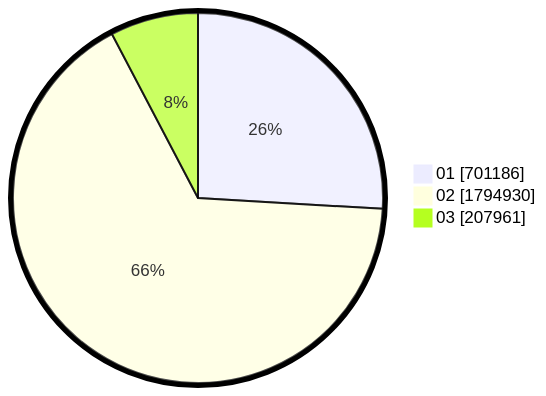
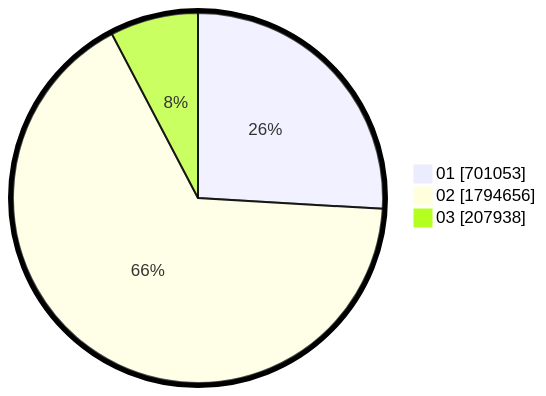
The second of 2 diagrams in pilpres/hitung-suara/sub/table-wilayah-52.md (gigit-pemilu/pemilu-2024), drawn with Mermaid before and after one commit. The commit also changed other lines of this file and 10 other files, not shown here.

````diff
--- a/pilpres/hitung-suara/sub/table-wilayah-52.md
+++ b/pilpres/hitung-suara/sub/table-wilayah-52.md
@@ -15,7 +15,7 @@
 ```mermaid
 %%{init: {"pie": {"textPosition": 0.5}, "themeVariables": {"pieOuterStrokeWidth": "5px"}} }%%
 pie showData
-    "01" : 701186
-    "02" : 1794930
-    "03" : 207961
+    "01" : 701053
+    "02" : 1794656
+    "03" : 207938
 ```
````
